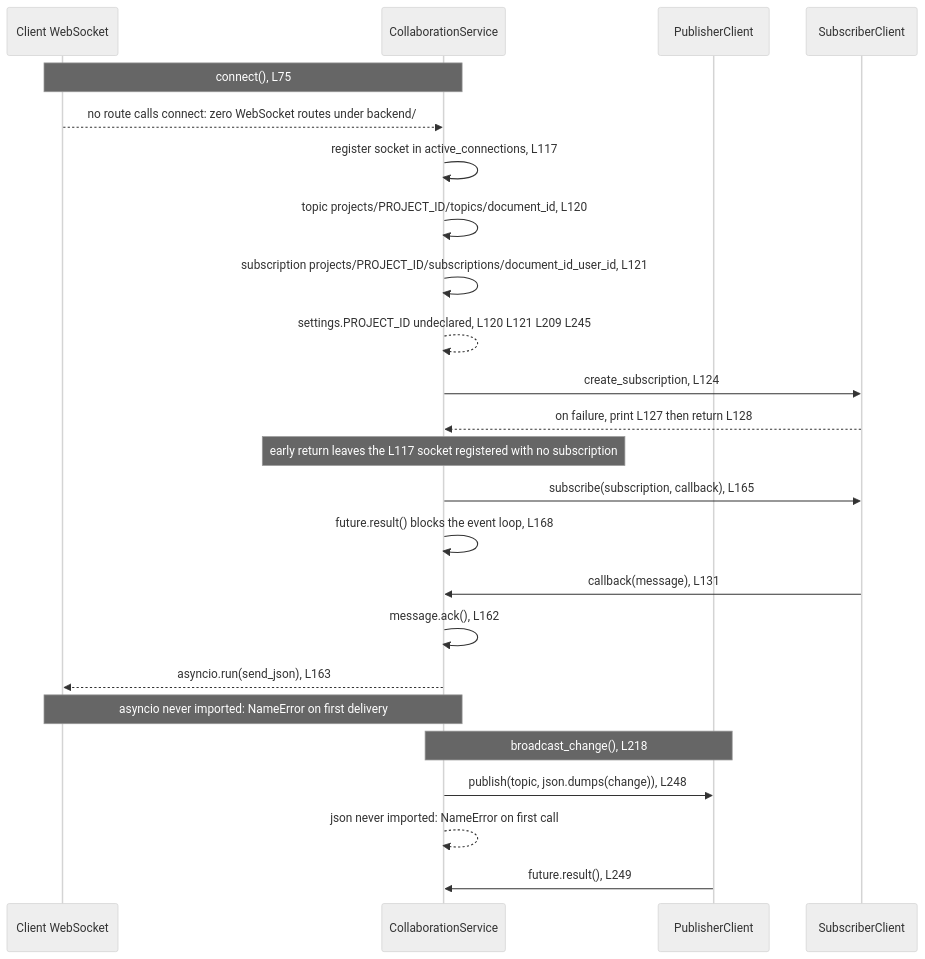
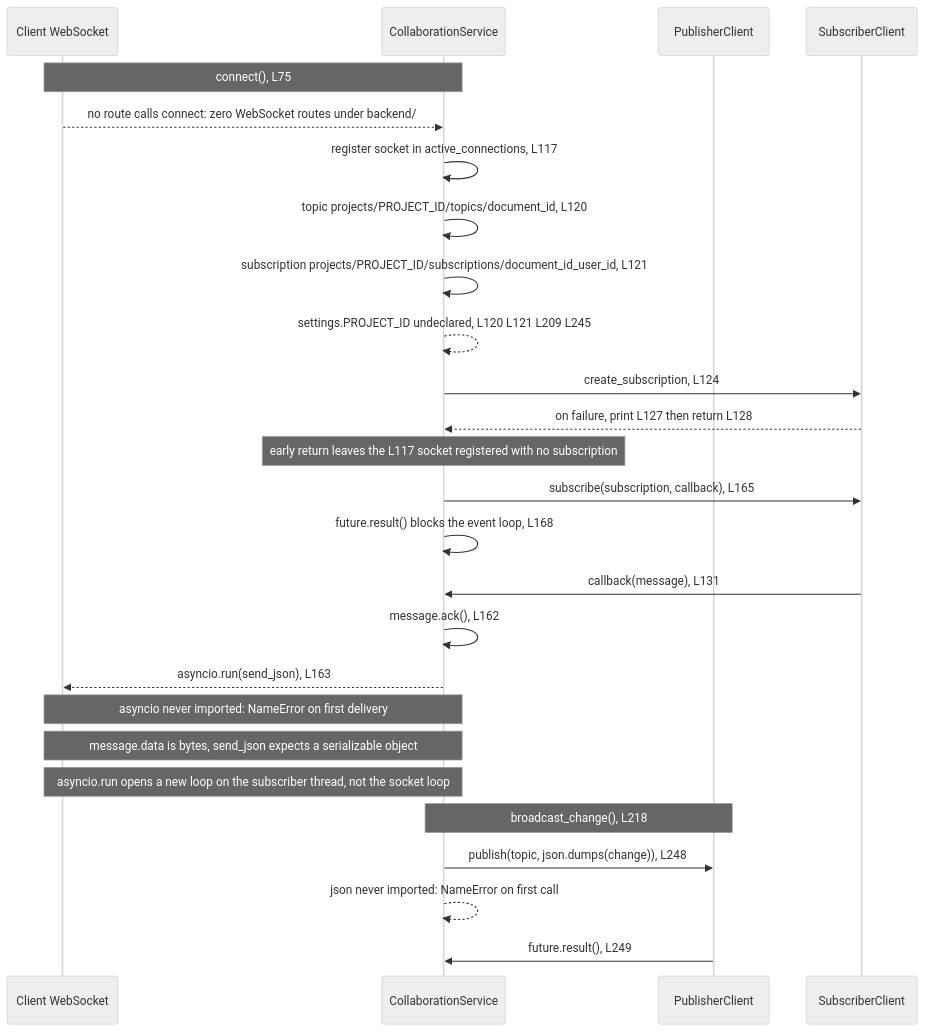
The first of 2 diagrams in backend/app/services/README.md (blitzy-public-samples/microsoft-word-u33ko0), drawn with Mermaid (neutral theme) before and after one commit. The commit also changed other lines of this file and 53 other files, not shown here.

````diff
--- a/backend/app/services/README.md
+++ b/backend/app/services/README.md
@@ -136,28 +129,30 @@
 ```mermaid
 sequenceDiagram
     participant WS as Client WebSocket
     participant CS as CollaborationService
     participant PUB as PublisherClient
     participant SUB as SubscriberClient
 
     Note over WS,CS: connect(), L75
     WS -->> CS: no route calls connect: zero WebSocket routes under backend/
     CS ->> CS: register socket in active_connections, L117
     CS ->> CS: topic projects/PROJECT_ID/topics/document_id, L120
     CS ->> CS: subscription projects/PROJECT_ID/subscriptions/document_id_user_id, L121
     CS -->> CS: settings.PROJECT_ID undeclared, L120 L121 L209 L245
     CS ->> SUB: create_subscription, L124
     SUB -->> CS: on failure, print L127 then return L128
     Note over CS: early return leaves the L117 socket registered with no subscription
     CS ->> SUB: subscribe(subscription, callback), L165
     CS ->> CS: future.result() blocks the event loop, L168
     SUB ->> CS: callback(message), L131
     CS ->> CS: message.ack(), L162
     CS -->> WS: asyncio.run(send_json), L163
     Note over CS,WS: asyncio never imported: NameError on first delivery
+    Note over CS,WS: message.data is bytes, send_json expects a serializable object
+    Note over CS,WS: asyncio.run opens a new loop on the subscriber thread, not the socket loop
 
     Note over CS,PUB: broadcast_change(), L218
     CS ->> PUB: publish(topic, json.dumps(change)), L248
     CS -->> CS: json never imported: NameError on first call
     PUB ->> CS: future.result(), L249
 ```
````
